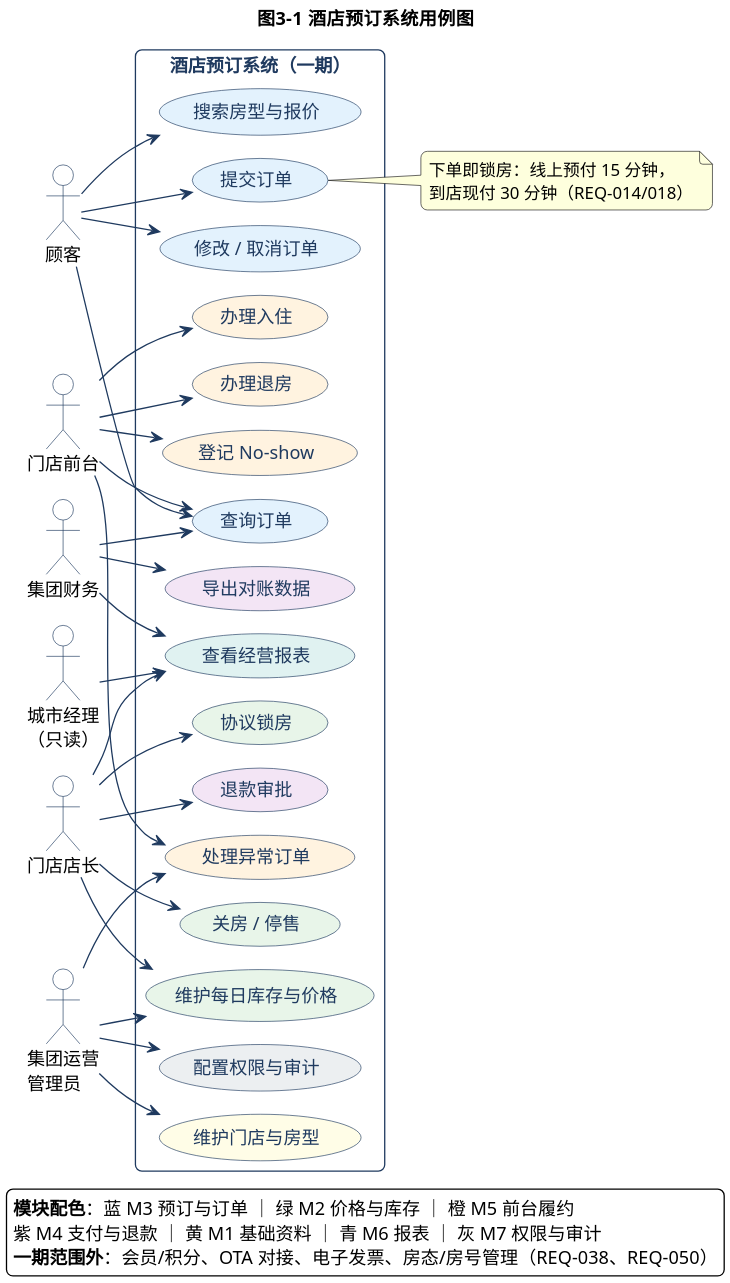
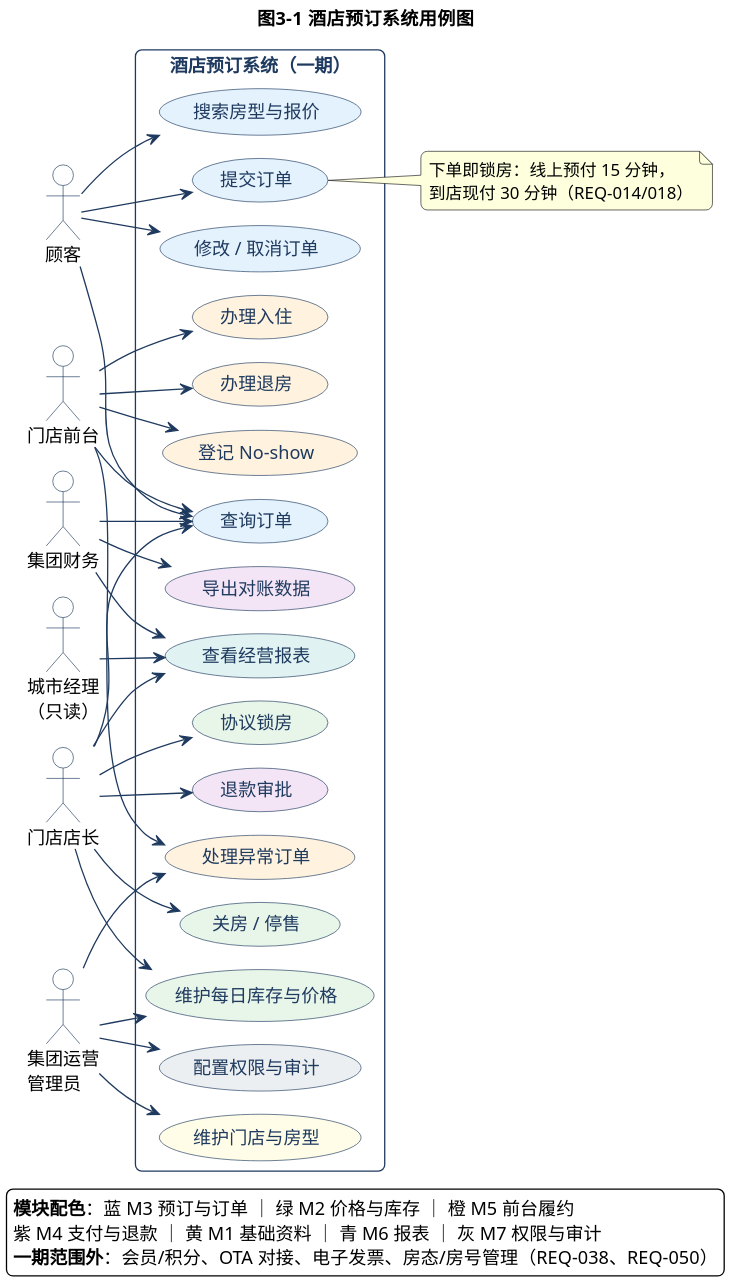
One commit to Ash-Klein/hotel-booking-system changed the diagram in lab2/UML/UML用例图.puml. Above: the diagram before and after it, drawn with PlantUML. The commit also changed 1 other file, not shown here.

Commit message:
fix(lab2): 用例图补门店店长查询订单（REQ-013）
店长需审核员工操作、审批本店退款，必须能检索本门店订单；REQ-013 的'员工端'包含前台与店长。数据范围仍限本门店。

```diff
--- a/lab2/UML/UML用例图.puml
+++ b/lab2/UML/UML用例图.puml
@@ -1,89 +1,90 @@
 @startuml UML用例图
 !pragma layout smetana
 skinparam defaultFontName "Microsoft YaHei"
 skinparam dpi 200
 skinparam shadowing false
 skinparam backgroundColor #FFFFFF
 skinparam roundCorner 10
 skinparam ArrowColor #1F3A5F
 skinparam ArrowFontColor #1F3A5F
 skinparam ArrowFontSize 12
 skinparam usecaseBorderColor #1F3A5F
 skinparam usecaseFontColor #1F3A5F
 skinparam actorBorderColor #1F3A5F
 skinparam actorBackgroundColor #FFFFFF
 skinparam rectangleBorderColor #1F3A5F
 skinparam rectangleFontColor #1F3A5F
 left to right direction
 title 图3-1  酒店预订系统用例图
 
 actor "顾客" as Guest
 actor "门店前台" as Front
 actor "门店店长" as Manager
 actor "集团财务" as Finance
 actor "集团运营\n管理员" as Admin
 actor "城市经理\n（只读）" as City
 
 rectangle "酒店预订系统（一期）" {
   usecase "搜索房型与报价" as UC_Search #E3F2FD
   usecase "提交订单" as UC_Submit #E3F2FD
   usecase "修改 / 取消订单" as UC_Change #E3F2FD
   usecase "查询订单" as UC_Query #E3F2FD
 
   usecase "维护每日库存与价格" as UC_Inv #E8F5E9
   usecase "关房 / 停售" as UC_Close #E8F5E9
   usecase "协议锁房" as UC_Lock #E8F5E9
 
   usecase "办理入住" as UC_CheckIn #FFF3E0
   usecase "办理退房" as UC_CheckOut #FFF3E0
   usecase "登记 No-show" as UC_NoShow #FFF3E0
   usecase "处理异常订单" as UC_Exception #FFF3E0
 
   usecase "退款审批" as UC_Approve #F3E5F5
   usecase "导出对账数据" as UC_Recon #F3E5F5
 
   usecase "维护门店与房型" as UC_Base #FFFDE7
   usecase "查看经营报表" as UC_Report #E0F2F1
   usecase "配置权限与审计" as UC_RoleLog #ECEFF1
 }
 
 Guest --> UC_Search
 Guest --> UC_Submit
 Guest --> UC_Change
 Guest --> UC_Query
 
 Front --> UC_CheckIn
 Front --> UC_CheckOut
 Front --> UC_NoShow
 Front --> UC_Exception
 Front --> UC_Query
 
 Manager --> UC_Inv
 Manager --> UC_Close
 Manager --> UC_Lock
 Manager --> UC_Approve
+Manager --> UC_Query
 Manager --> UC_Report
 
 Finance --> UC_Recon
 Finance --> UC_Report
 Finance --> UC_Query
 
 Admin --> UC_Base
 Admin --> UC_RoleLog
 Admin --> UC_Inv
 Admin --> UC_Exception
 
 City --> UC_Report
 
 note right of UC_Submit
   下单即锁房：线上预付 15 分钟，
   到店现付 30 分钟（REQ-014/018）
 end note
 
 legend bottom
   <b>模块配色</b>：蓝 M3 预订与订单 ｜ 绿 M2 价格与库存 ｜ 橙 M5 前台履约
   紫 M4 支付与退款 ｜ 黄 M1 基础资料 ｜ 青 M6 报表 ｜ 灰 M7 权限与审计
   <b>一期范围外</b>：会员/积分、OTA 对接、电子发票、房态/房号管理（REQ-038、REQ-050）
 endlegend
 
 @enduml
```
